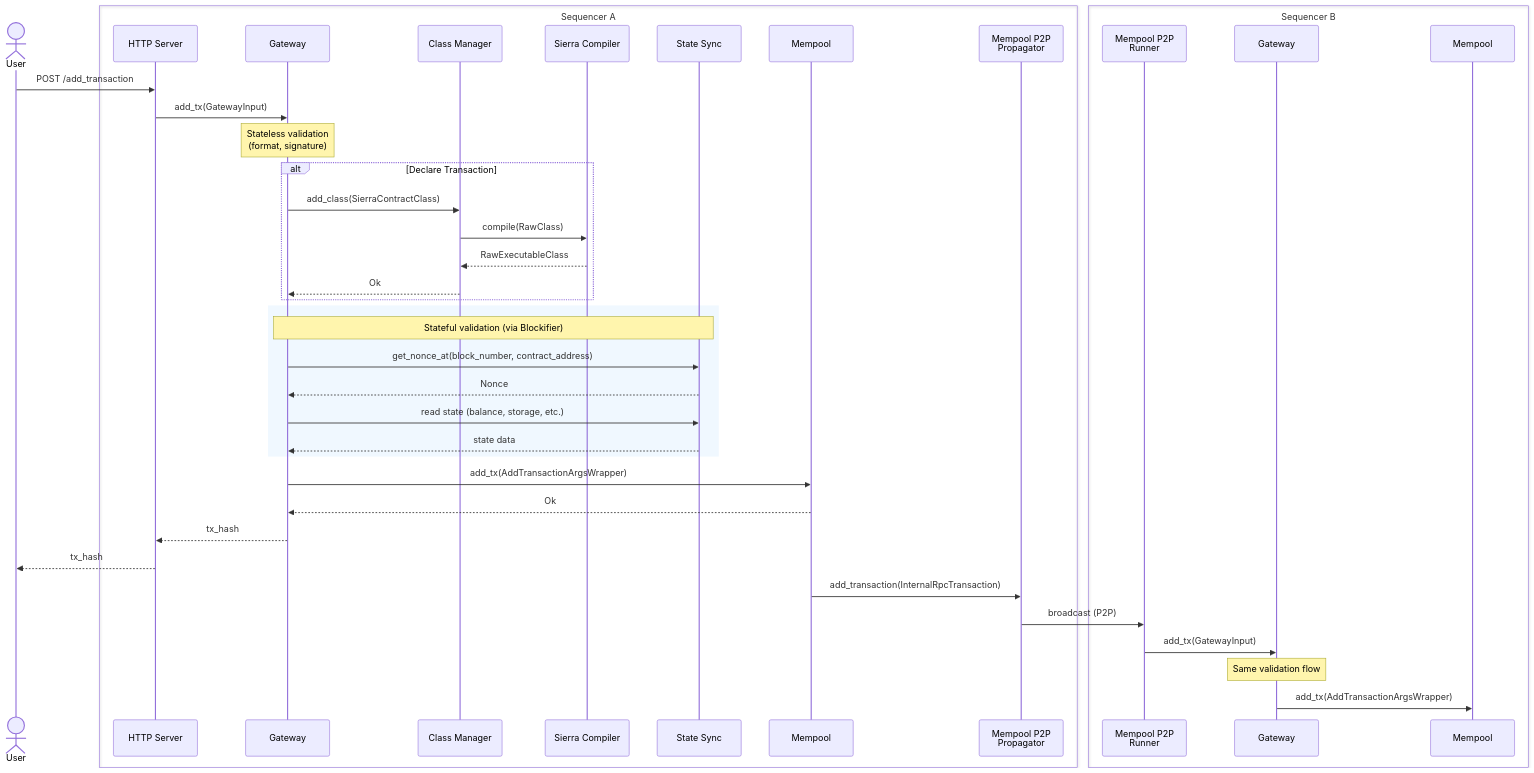
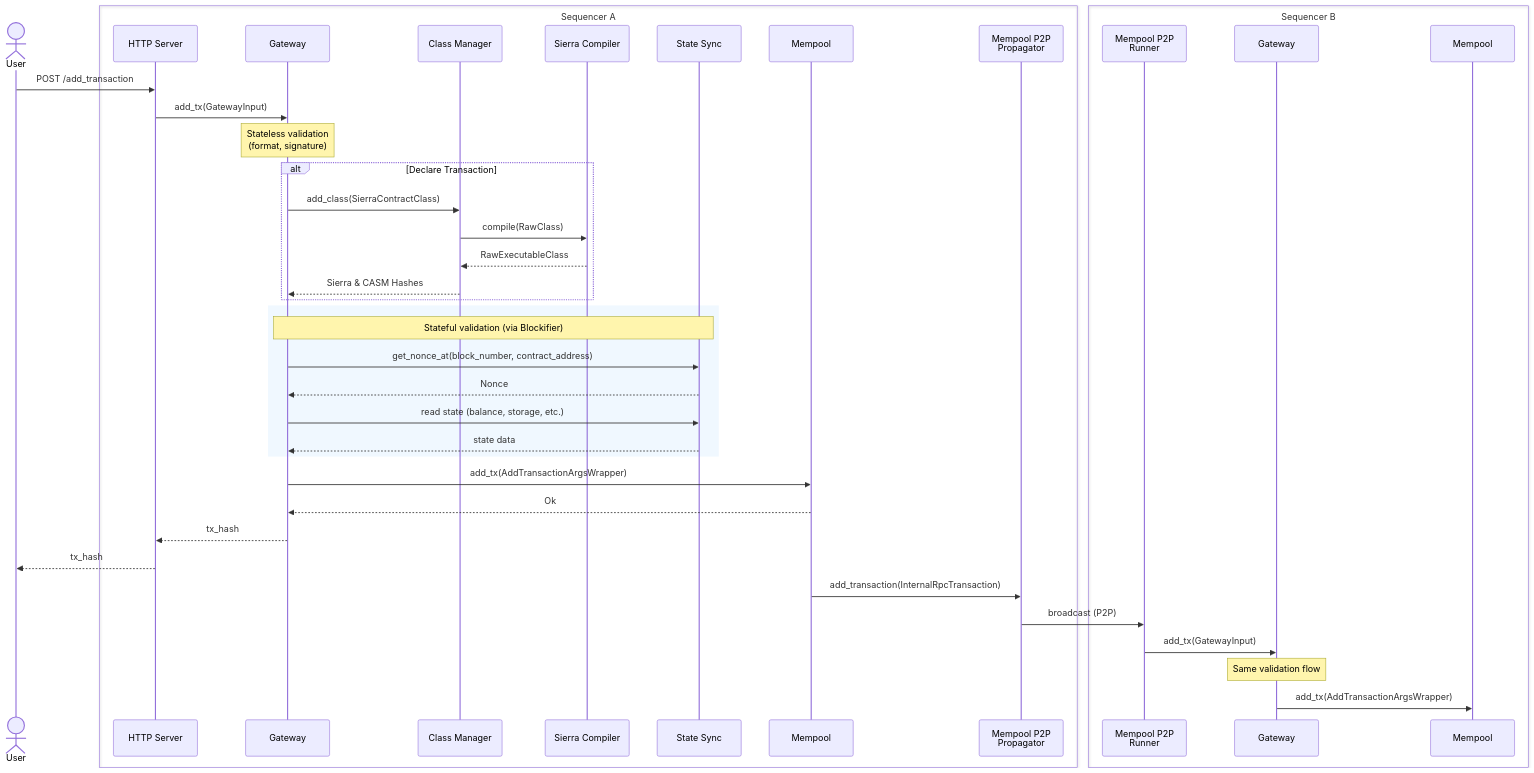
One commit to starkware-libs/sequencer changed the diagram in docs/diagrams/02-tx-submission-flow.md. Above: the diagram before and after it, drawn with Mermaid. The commit also changed 1 other file, not shown here.

Commit message:
workspace: fix tx submission diagram to show ClassHashes return value

````diff
--- a/docs/diagrams/02-tx-submission-flow.md
+++ b/docs/diagrams/02-tx-submission-flow.md
@@ -3,51 +3,51 @@
 ```mermaid
 sequenceDiagram
     actor User
 
     box Sequencer A
         participant HTTP as HTTP Server
         participant GW as Gateway
         participant CM as Class Manager
         participant Compiler as Sierra Compiler
         participant SS as State Sync
         participant MP as Mempool
         participant Prop as Mempool P2P<br/>Propagator
     end
 
     box Sequencer B
         participant Runner as Mempool P2P<br/>Runner
         participant GW_B as Gateway
         participant MP_B as Mempool
     end
 
     User->>HTTP: POST /add_transaction
     HTTP->>GW: add_tx(GatewayInput)
 
     Note over GW: Stateless validation<br/>(format, signature)
 
     alt Declare Transaction
         GW->>CM: add_class(SierraContractClass)
         CM->>Compiler: compile(RawClass)
         Compiler-->>CM: RawExecutableClass
-        CM-->>GW: Ok
+        CM-->>GW: Sierra & CASM Hashes
     end
 
     rect rgb(240, 248, 255)
         Note over GW,SS: Stateful validation (via Blockifier)
         GW->>SS: get_nonce_at(block_number, contract_address)
         SS-->>GW: Nonce
         GW->>SS: read state (balance, storage, etc.)
         SS-->>GW: state data
     end
 
     GW->>MP: add_tx(AddTransactionArgsWrapper)
     MP-->>GW: Ok
     GW-->>HTTP: tx_hash
     HTTP-->>User: tx_hash
 
     MP->>Prop: add_transaction(InternalRpcTransaction)
     Prop->>Runner: broadcast (P2P)
     Runner->>GW_B: add_tx(GatewayInput)
     Note over GW_B: Same validation flow
     GW_B->>MP_B: add_tx(AddTransactionArgsWrapper)
 ```
````
